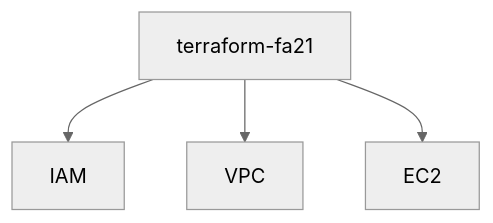
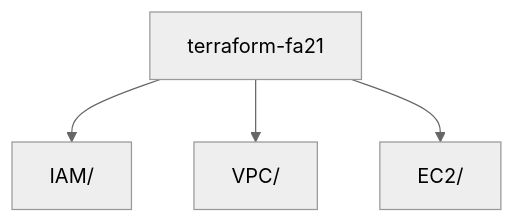
Before and after one commit to 102vosit/terraform-fa21: the diagram in README.md, drawn with Mermaid (neutral theme).

Commit message:
README.md file updated

````diff
--- a/README.md
+++ b/README.md
@@ -7,7 +7,7 @@
 ```mermaid
 graph TD;
 
-terraform-fa21-->IAM;
-terraform-fa21-->VPC;
-terraform-fa21-->EC2;
+terraform-fa21-->IAM/;
+terraform-fa21-->VPC/;
+terraform-fa21-->EC2/;
 ```
````
